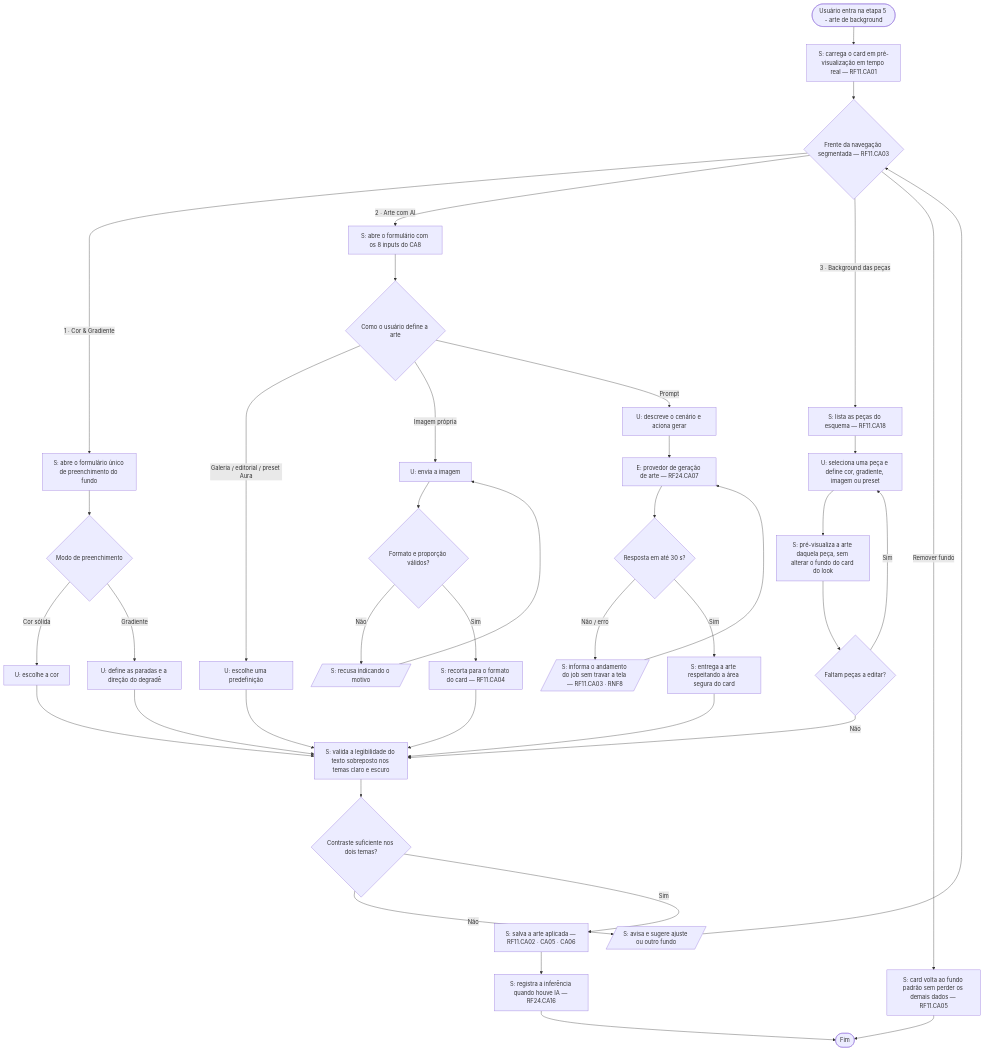
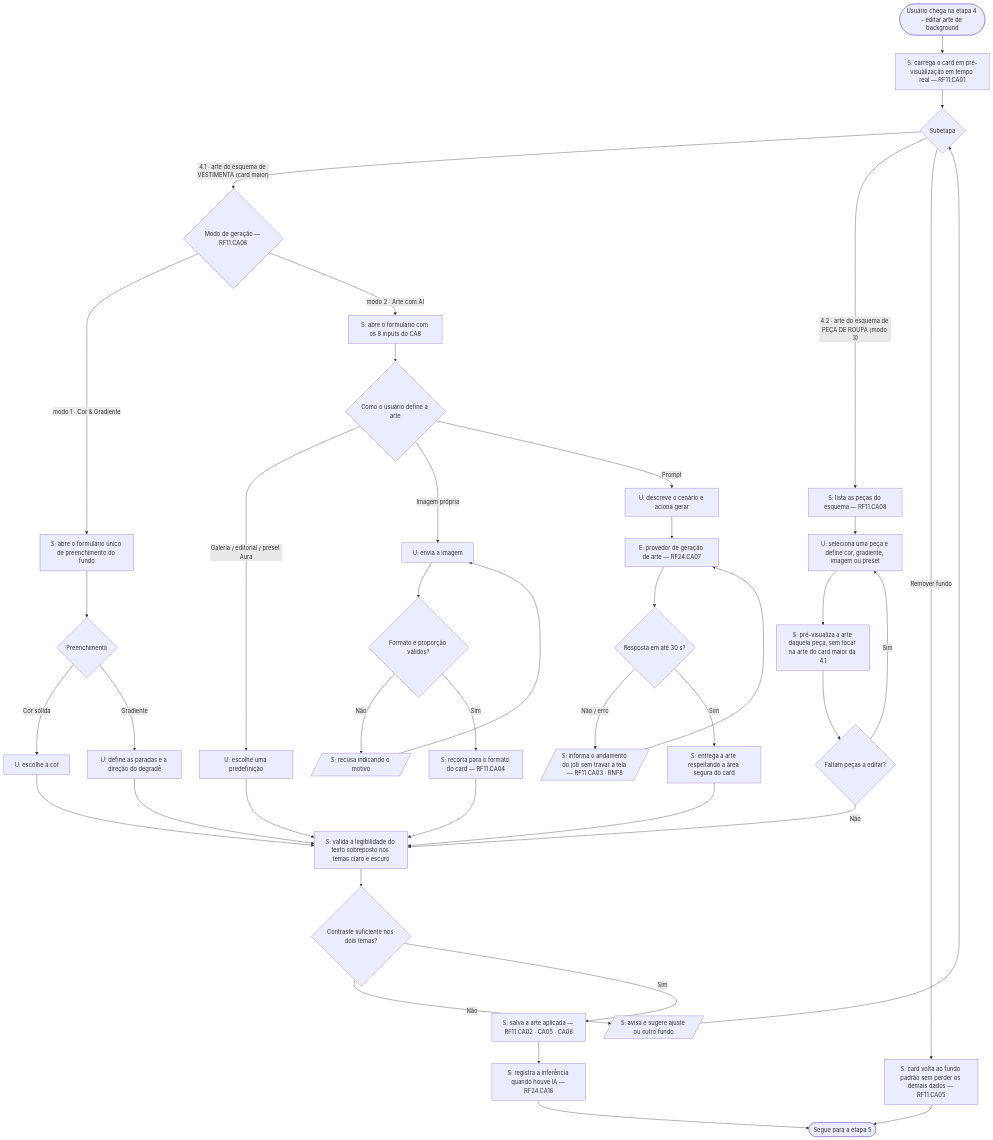
Before and after one commit to MatheusHaliski/SAI-TCC-2026: diagram 21 of 23 in docs/novo-projeto/05-diagramas-atividade.md, drawn with Mermaid. The commit also changed other lines of this file and 1 other file, not shown here.

First paragraph of the commit message:
docs(rf5,rf11): fixa a numeracao das 5 etapas do fluxo Criar Look
Numeracao canonica definida pelo time:

````diff
--- a/docs/novo-projeto/05-diagramas-atividade.md
+++ b/docs/novo-projeto/05-diagramas-atividade.md
@@ -508,38 +522,40 @@
 ```mermaid
 flowchart TD
-    A([Usuário entra na etapa 5 - arte de background]) --> B[S: carrega o card em pré-visualização em tempo real — RF11.CA01]
-    B --> C{Frente da navegação segmentada — RF11.CA03}
+    A([Usuário chega na etapa 4 - editar arte de background]) --> B[S: carrega o card em pré-visualização em tempo real — RF11.CA01]
+    B --> C{Subetapa}
 
-    C -- "1 · Cor & Gradiente" --> D[S: abre o formulário único de preenchimento do fundo]
-    D --> E{Modo de preenchimento}
-    E -- Cor sólida --> F[U: escolhe a cor] --> V
-    E -- Gradiente --> G[U: define as paradas e a direção do degradê] --> V
+    C -- "4.1 · arte do esquema de VESTIMENTA (card maior)" --> D{Modo de geração — RF11.CA06}
 
-    C -- "2 · Arte com AI" --> H[S: abre o formulário com os 8 inputs do CA8]
-    H --> I{Como o usuário define a arte}
-    I -- Galeria / editorial / preset Aura --> J[U: escolhe uma predefinição] --> V
-    I -- Imagem própria --> K[U: envia a imagem]
-    K --> L{Formato e proporção válidos?}
-    L -- Não --> M[/S: recusa indicando o motivo/] --> K
-    L -- Sim --> N[S: recorta para o formato do card — RF11.CA04] --> V
-    I -- Prompt --> O[U: descreve o cenário e aciona gerar]
-    O --> P[E: provedor de geração de arte — RF24.CA07]
-    P --> Q{Resposta em até 30 s?}
-    Q -- "Não / erro" --> R[/S: informa o andamento do job sem travar a tela — RF11.CA03 · RNF8/] --> P
-    Q -- Sim --> S1[S: entrega a arte respeitando a área segura do card] --> V
+    D -- "modo 1 · Cor & Gradiente" --> E[S: abre o formulário único de preenchimento do fundo]
+    E --> F{Preenchimento}
+    F -- Cor sólida --> G[U: escolhe a cor] --> V
+    F -- Gradiente --> H[U: define as paradas e a direção do degradê] --> V
 
-    C -- "3 · Background das peças" --> T[S: lista as peças do esquema — RF11.CA18]
-    T --> U1[U: seleciona uma peça e define cor, gradiente, imagem ou preset]
-    U1 --> W[S: pré-visualiza a arte daquela peça, sem alterar o fundo do card do look]
-    W --> X{Faltam peças a editar?}
-    X -- Sim --> U1
-    X -- Não --> V
+    D -- "modo 2 · Arte com AI" --> I[S: abre o formulário com os 8 inputs do CA8]
+    I --> J{Como o usuário define a arte}
+    J -- Galeria / editorial / preset Aura --> K[U: escolhe uma predefinição] --> V
+    J -- Imagem própria --> L[U: envia a imagem]
+    L --> M{Formato e proporção válidos?}
+    M -- Não --> N[/S: recusa indicando o motivo/] --> L
+    M -- Sim --> O[S: recorta para o formato do card — RF11.CA04] --> V
+    J -- Prompt --> P[U: descreve o cenário e aciona gerar]
+    P --> Q[E: provedor de geração de arte — RF24.CA07]
+    Q --> R{Resposta em até 30 s?}
+    R -- "Não / erro" --> S1[/S: informa o andamento do job sem travar a tela — RF11.CA03 · RNF8/] --> Q
+    R -- Sim --> T[S: entrega a arte respeitando a área segura do card] --> V
 
-    C -- Remover fundo --> Y[S: card volta ao fundo padrão sem perder os demais dados — RF11.CA05] --> Z([Fim])
+    C -- "4.2 · arte do esquema de PEÇA DE ROUPA (modo 3)" --> U1[S: lista as peças do esquema — RF11.CA08]
+    U1 --> W[U: seleciona uma peça e define cor, gradiente, imagem ou preset]
+    W --> X[S: pré-visualiza a arte daquela peça, sem tocar na arte do card maior da 4.1]
+    X --> Y{Faltam peças a editar?}
+    Y -- Sim --> W
+    Y -- Não --> V
+
+    C -- Remover fundo --> AB[S: card volta ao fundo padrão sem perder os demais dados — RF11.CA05] --> Z([Segue para a etapa 5])
 
     V[S: valida a legibilidade do texto sobreposto nos temas claro e escuro]
-    V --> AA{Contraste suficiente nos dois temas?}
-    AA -- Não --> AB[/S: avisa e sugere ajuste ou outro fundo/] --> C
-    AA -- Sim --> AC[S: salva a arte aplicada — RF11.CA02 · CA05 · CA06]
-    AC --> AD[S: registra a inferência quando houve IA — RF24.CA16] --> Z
+    V --> AC{Contraste suficiente nos dois temas?}
+    AC -- Não --> AD[/S: avisa e sugere ajuste ou outro fundo/] --> C
+    AC -- Sim --> AE[S: salva a arte aplicada — RF11.CA02 · CA05 · CA06]
+    AE --> AF[S: registra a inferência quando houve IA — RF24.CA16] --> Z
 ```
````
